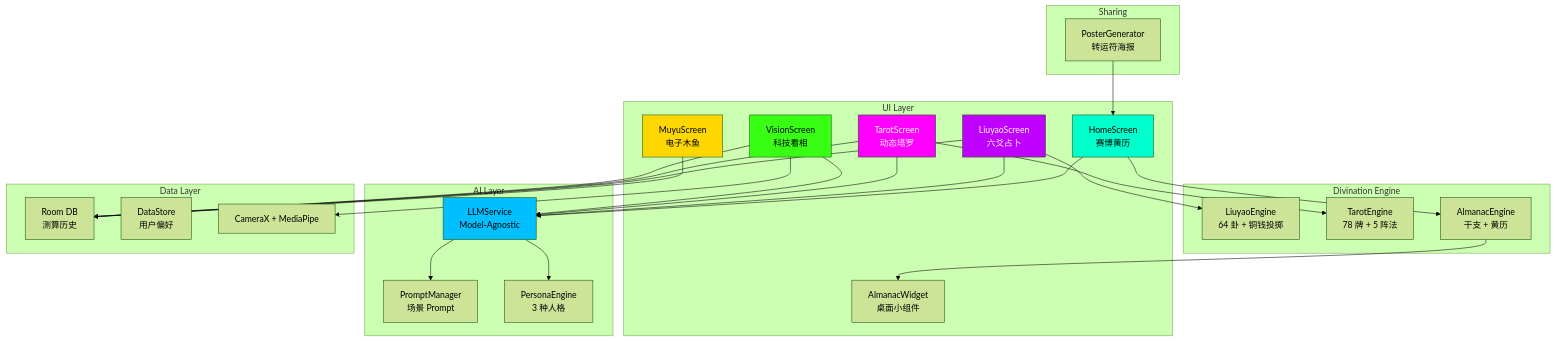
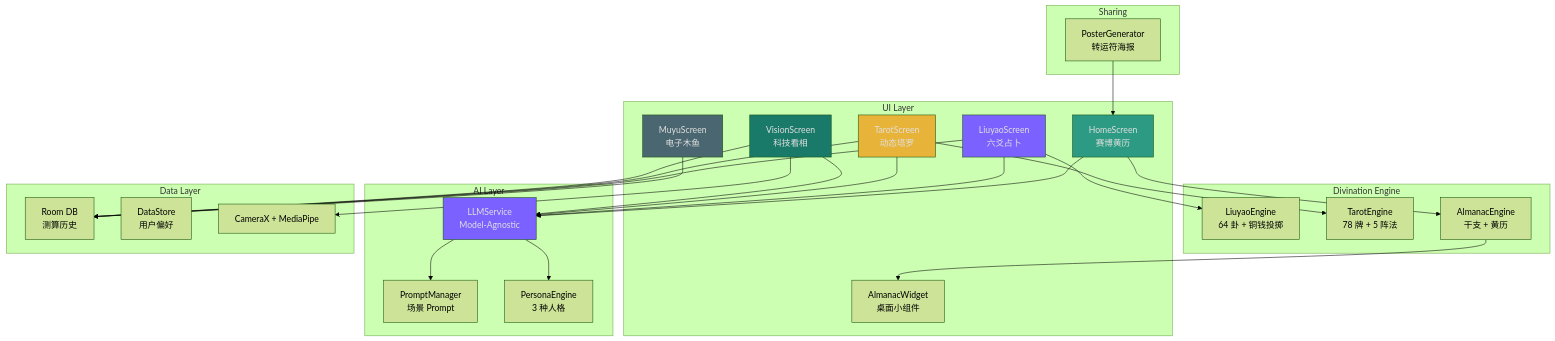
One commit to sinonchum/CyberDiviner changed the diagram in README.md. Above: the diagram before and after it, drawn with Mermaid (forest theme).

Commit message:
refactor: replace neon Mermaid chart colors with muted palette
Replaced 6 neon colors in architecture diagram:
- #00FFCC (acid) → #2D9B83 (Teal)
- #BF00FF (purple) → #7B61FF (Lavender)
- #FF00FF (magenta) → #E8B339 (Amber)
- #39FF14 (neon green) → #1A7A6A (Dark Teal)
- #FFD700 (gold) → #4A6670 (Muted Gray)
- #00BFFF (cyan) → #7B61FF (Lavender)

All nodes now use E0E0E0 text for dark theme readability.

````diff
--- a/README.md
+++ b/README.md
@@ -54,57 +54,57 @@
 ```mermaid
 graph TB
     subgraph UI["UI Layer"]
         HOME["HomeScreen\n赛博黄历"]
         LIUYAO["LiuyaoScreen\n六爻占卜"]
         TAROT["TarotScreen\n动态塔罗"]
         VISION["VisionScreen\n科技看相"]
         MUYU["MuyuScreen\n电子木鱼"]
         WIDGET["AlmanacWidget\n桌面小组件"]
     end
 
     subgraph AI["AI Layer"]
         LLM["LLMService\nModel-Agnostic"]
         PROMPT["PromptManager\n场景 Prompt"]
         PERSONA["PersonaEngine\n3 种人格"]
     end
 
     subgraph ENG["Divination Engine"]
         LIUYAO_E["LiuyaoEngine\n64 卦 + 铜钱投掷"]
         TAROT_E["TarotEngine\n78 牌 + 5 阵法"]
         ALMANAC["AlmanacEngine\n干支 + 黄历"]
     end
 
     subgraph DATA["Data Layer"]
         ROOM["Room DB\n测算历史"]
         DS["DataStore\n用户偏好"]
         CAM["CameraX + MediaPipe"]
     end
 
     subgraph SHARE["Sharing"]
         POSTER["PosterGenerator\n转运符海报"]
     end
 
     HOME --> ALMANAC
     HOME --> LLM
     LIUYAO --> LIUYAO_E
     LIUYAO --> LLM
     TAROT --> TAROT_E
     TAROT --> LLM
     VISION --> CAM
     VISION --> LLM
     MUYU --> ROOM
     LLM --> PROMPT
     LLM --> PERSONA
     LIUYAO --> ROOM
     TAROT --> ROOM
     VISION --> ROOM
     ALMANAC --> WIDGET
     POSTER --> HOME
 
-    style HOME fill:#00FFCC,color:#000
-    style LIUYAO fill:#BF00FF,color:#fff
-    style TAROT fill:#FF00FF,color:#fff
-    style VISION fill:#39FF14,color:#000
-    style MUYU fill:#FFD700,color:#000
-    style LLM fill:#00BFFF,color:#000
+    style HOME fill:#2D9B83,color:#E0E0E0
+    style LIUYAO fill:#7B61FF,color:#E0E0E0
+    style TAROT fill:#E8B339,color:#E0E0E0
+    style VISION fill:#1A7A6A,color:#E0E0E0
+    style MUYU fill:#4A6670,color:#E0E0E0
+    style LLM fill:#7B61FF,color:#E0E0E0
 ```
````
